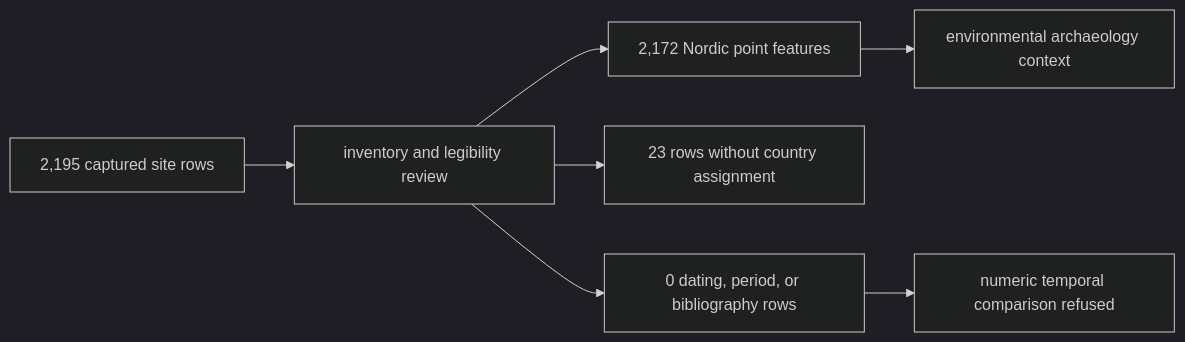
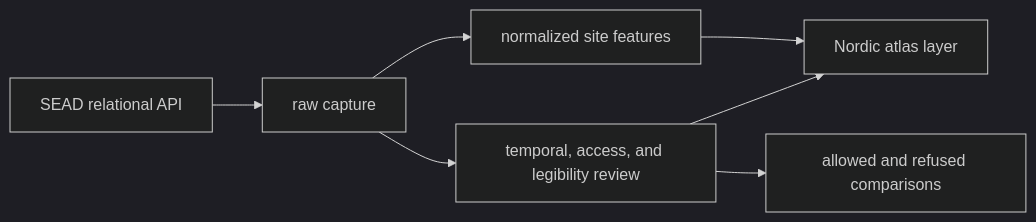
The first of 2 diagrams in docs/public/pollenomics-data/publications/sead-exports.md (bijux/bijux-pollenomics), drawn with Mermaid (dark theme) before and after one commit. The commit also changed other lines of this file and 9 other files, not shown here.

Commit message:
docs(sead): teach mixed temporal evidence

````diff
--- a/docs/public/pollenomics-data/publications/sead-exports.md
+++ b/docs/public/pollenomics-data/publications/sead-exports.md
@@ -53,9 +52,9 @@
 ```mermaid
 flowchart LR
-    Inventory["2,195 captured site rows"] --> Review["inventory and legibility review"]
-    Review --> Mapped["2,172 Nordic point features"]
-    Review --> Unassigned["23 rows without country assignment"]
-    Mapped --> Context["environmental archaeology context"]
-    Review --> TimeGap["0 dating, period, or bibliography rows"]
-    TimeGap --> Refusal["numeric temporal comparison refused"]
+    API["SEAD relational API"] --> Raw["raw capture"]
+    Raw --> Normalize["normalized site features"]
+    Raw --> Review["temporal, access, and legibility review"]
+    Normalize --> Atlas["Nordic atlas layer"]
+    Review --> Atlas
+    Review --> Decision["allowed and refused comparisons"]
 ```
````
